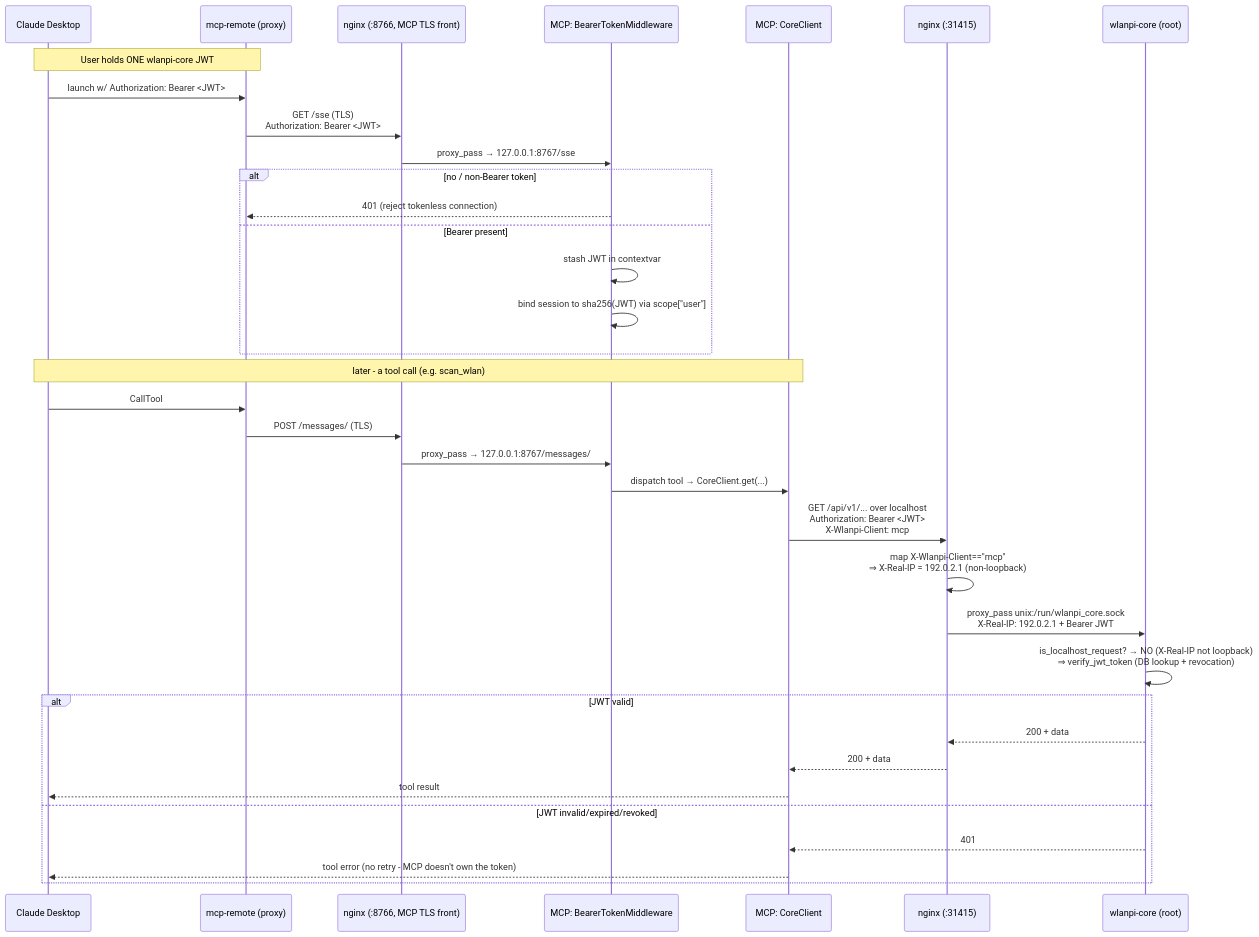
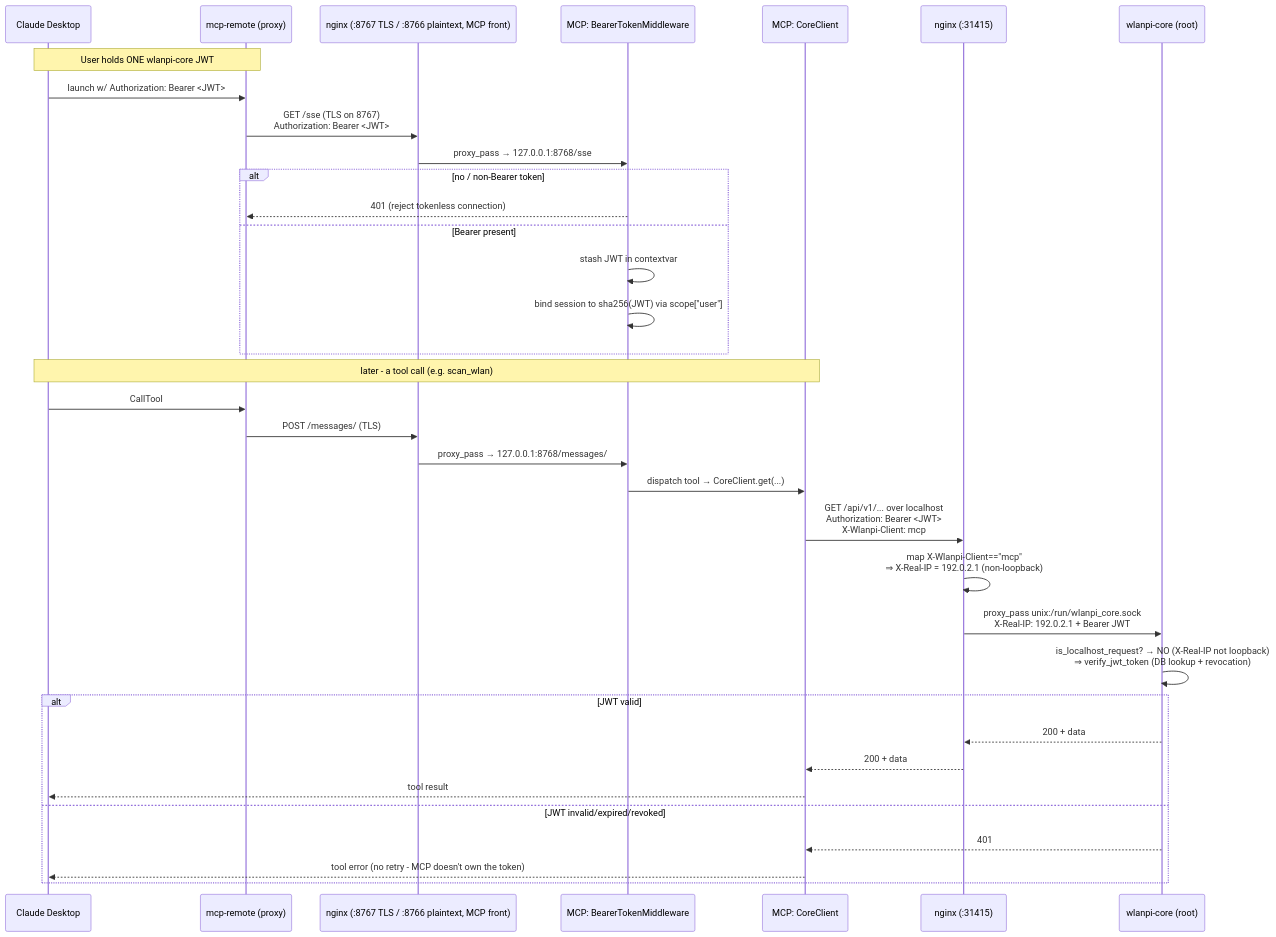
Before and after one commit to WLAN-Pi/wlanpi-mcp: the first of 2 diagrams in docs/auth-flow.md, drawn with Mermaid. The commit also changed other lines of this file and 10 other files, not shown here.

First line of the commit message:
security: offer TLS on 8767 and a plaintext fallback on 8766 (#16)

````diff
--- a/docs/auth-flow.md
+++ b/docs/auth-flow.md
@@ -16,39 +18,39 @@
 ```mermaid
 sequenceDiagram
     participant CD as Claude Desktop
     participant MR as mcp-remote (proxy)
-    participant MG as nginx (:8766, MCP TLS front)
+    participant MG as nginx (:8767 TLS / :8766 plaintext, MCP front)
     participant MW as MCP: BearerTokenMiddleware
     participant CC as MCP: CoreClient
     participant NG as nginx (:31415)
     participant API as wlanpi-core (root)
 
     Note over CD,MR: User holds ONE wlanpi-core JWT
     CD->>MR: launch w/ Authorization: Bearer <JWT>
-    MR->>MG: GET /sse (TLS)<br/>Authorization: Bearer <JWT>
-    MG->>MW: proxy_pass → 127.0.0.1:8767/sse
+    MR->>MG: GET /sse (TLS on 8767)<br/>Authorization: Bearer <JWT>
+    MG->>MW: proxy_pass → 127.0.0.1:8768/sse
     alt no / non-Bearer token
         MW-->>MR: 401 (reject tokenless connection)
     else Bearer present
         MW->>MW: stash JWT in contextvar
         MW->>MW: bind session to sha256(JWT) via scope["user"]
     end
 
     Note over CD,CC: later - a tool call (e.g. scan_wlan)
     CD->>MR: CallTool
     MR->>MG: POST /messages/ (TLS)
-    MG->>MW: proxy_pass → 127.0.0.1:8767/messages/
+    MG->>MW: proxy_pass → 127.0.0.1:8768/messages/
     MW->>CC: dispatch tool → CoreClient.get(...)
     CC->>NG: GET /api/v1/... over localhost<br/>Authorization: Bearer <JWT><br/>X-Wlanpi-Client: mcp
     NG->>NG: map X-Wlanpi-Client=="mcp"<br/>⇒ X-Real-IP = 192.0.2.1 (non-loopback)
     NG->>API: proxy_pass unix:/run/wlanpi_core.sock<br/>X-Real-IP: 192.0.2.1 + Bearer JWT
     API->>API: is_localhost_request? → NO (X-Real-IP not loopback)<br/>⇒ verify_jwt_token (DB lookup + revocation)
     alt JWT valid
         API-->>NG: 200 + data
         NG-->>CC: 200 + data
         CC-->>CD: tool result
     else JWT invalid/expired/revoked
         API-->>CC: 401
         CC-->>CD: tool error (no retry - MCP doesn't own the token)
     end
 ```
````
